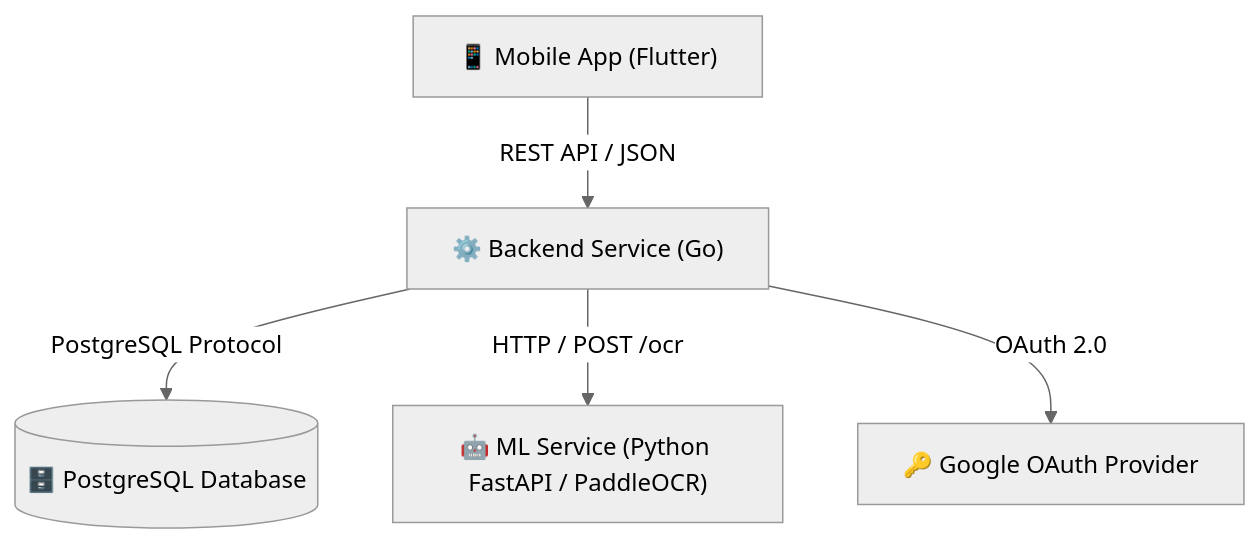
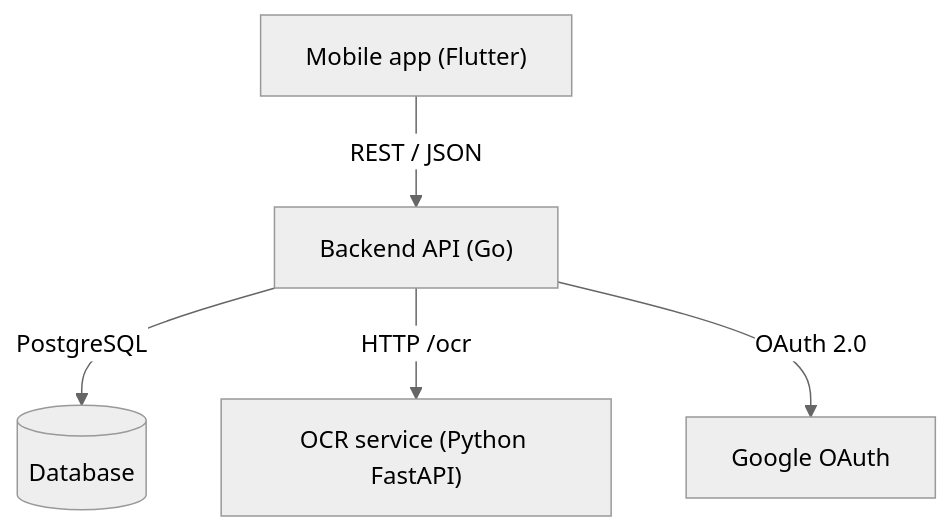
Before and after one commit to arseniizyk/food-analyser: the diagram in README.MD, drawn with Mermaid (neutral theme). The commit also changed other lines of this file and 1 other file, not shown here.

````diff
--- a/README.MD
+++ b/README.MD
@@ -18,7 +14,7 @@
 ```mermaid
 graph TD
-    Client["📱 Mobile App (Flutter)"] -->|"REST API / JSON"| Backend["⚙️ Backend Service (Go)"]
-    Backend -->|"PostgreSQL Protocol"| DB[("🗄️ PostgreSQL Database")]
-    Backend -->|"HTTP / POST /ocr"| ML["🤖 ML Service (Python FastAPI / PaddleOCR)"]
-    Backend -->|"OAuth 2.0"| Google["🔑 Google OAuth Provider"]
+    Client["Mobile app (Flutter)"] -->|"REST / JSON"| Backend["Backend API (Go)"]
+    Backend -->|"PostgreSQL"| DB[("Database")]
+    Backend -->|"HTTP /ocr"| ML["OCR service (Python FastAPI)"]
+    Backend -->|"OAuth 2.0"| Google["Google OAuth"]
 ```
````
